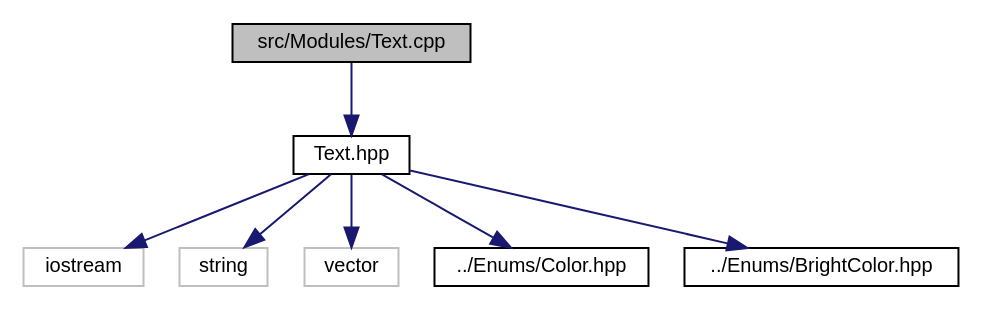
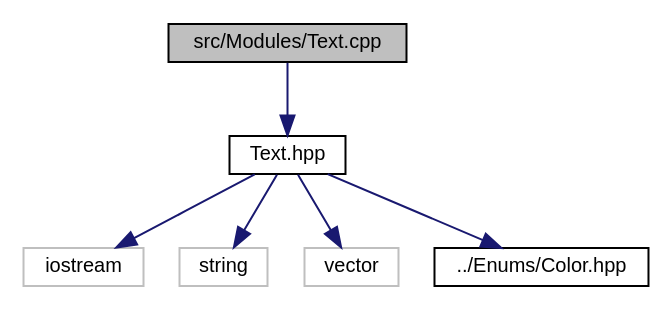
Before and after one commit to smejkalpetr/lib-ansi: the diagram in doc/Text_8cpp__incl.dot, drawn with Graphviz. The commit also changed 117 other files, not shown here.

```diff
--- a/doc/Text_8cpp__incl.dot
+++ b/doc/Text_8cpp__incl.dot
@@ -1,19 +1,17 @@
 digraph "src/Modules/Text.cpp"
 {
  // LATEX_PDF_SIZE
   edge [fontname="Helvetica",fontsize="10",labelfontname="Helvetica",labelfontsize="10"];
   node [fontname="Helvetica",fontsize="10",shape=record];
   Node1 [label="src/Modules/Text.cpp",height=0.2,width=0.4,color="black", fillcolor="grey75", style="filled", fontcolor="black",tooltip=" "];
   Node1 -> Node2 [color="midnightblue",fontsize="10",style="solid",fontname="Helvetica"];
   Node2 [label="Text.hpp",height=0.2,width=0.4,color="black", fillcolor="white", style="filled",URL="$Text_8hpp.html",tooltip=" "];
   Node2 -> Node3 [color="midnightblue",fontsize="10",style="solid",fontname="Helvetica"];
   Node3 [label="iostream",height=0.2,width=0.4,color="grey75", fillcolor="white", style="filled",tooltip=" "];
   Node2 -> Node4 [color="midnightblue",fontsize="10",style="solid",fontname="Helvetica"];
   Node4 [label="string",height=0.2,width=0.4,color="grey75", fillcolor="white", style="filled",tooltip=" "];
   Node2 -> Node5 [color="midnightblue",fontsize="10",style="solid",fontname="Helvetica"];
   Node5 [label="vector",height=0.2,width=0.4,color="grey75", fillcolor="white", style="filled",tooltip=" "];
   Node2 -> Node6 [color="midnightblue",fontsize="10",style="solid",fontname="Helvetica"];
   Node6 [label="../Enums/Color.hpp",height=0.2,width=0.4,color="black", fillcolor="white", style="filled",URL="$Color_8hpp.html",tooltip=" "];
-  Node2 -> Node7 [color="midnightblue",fontsize="10",style="solid",fontname="Helvetica"];
-  Node7 [label="../Enums/BrightColor.hpp",height=0.2,width=0.4,color="black", fillcolor="white", style="filled",URL="$BrightColor_8hpp.html",tooltip=" "];
 }
```
